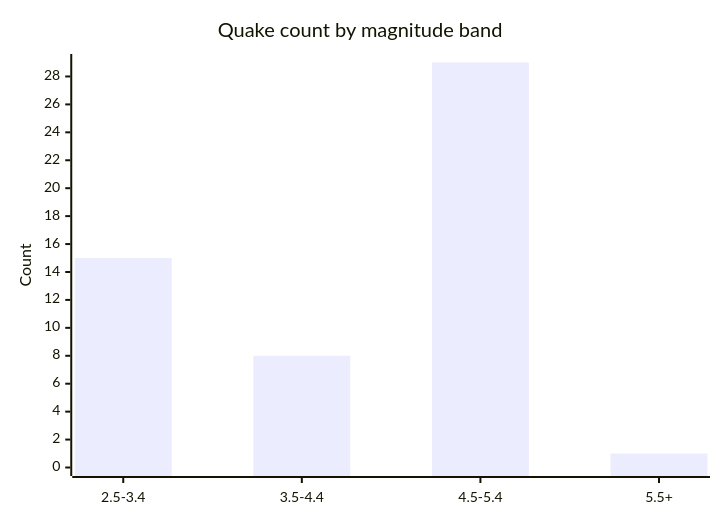
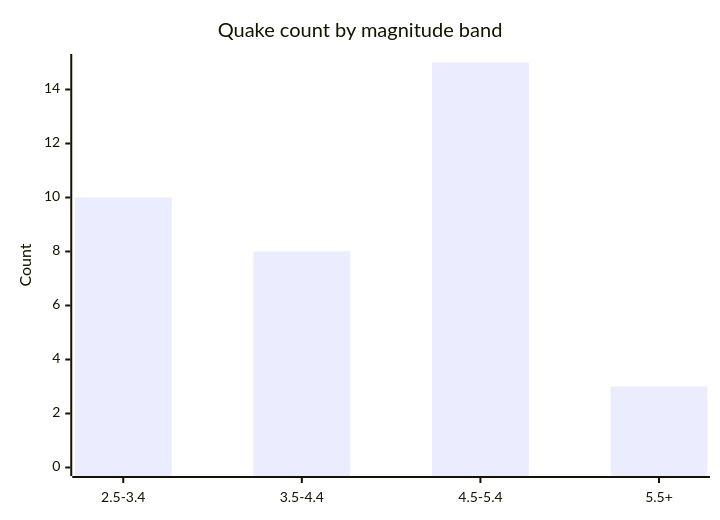
One commit to Midwest-Stratospheric/aerostratospheric-defense-gir changed the fifth of 6 diagrams in docs/GRAPHS.md. Above: the diagram before and after it, drawn with Mermaid. The commit also changed other lines of this file and 23 other files, not shown here.

````diff
--- a/docs/GRAPHS.md
+++ b/docs/GRAPHS.md
@@ -82,7 +82,7 @@
 ```mermaid
 xychart-beta
   title "Quake count by magnitude band"
   x-axis ["2.5-3.4", "3.5-4.4", "4.5-5.4", "5.5+"]
-  y-axis "Count" 0 --> 29
-  bar [15, 8, 29, 1]
+  y-axis "Count" 0 --> 15
+  bar [10, 8, 15, 3]
 ```
````
